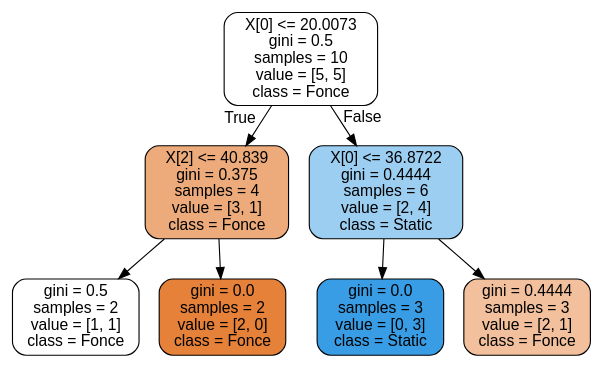
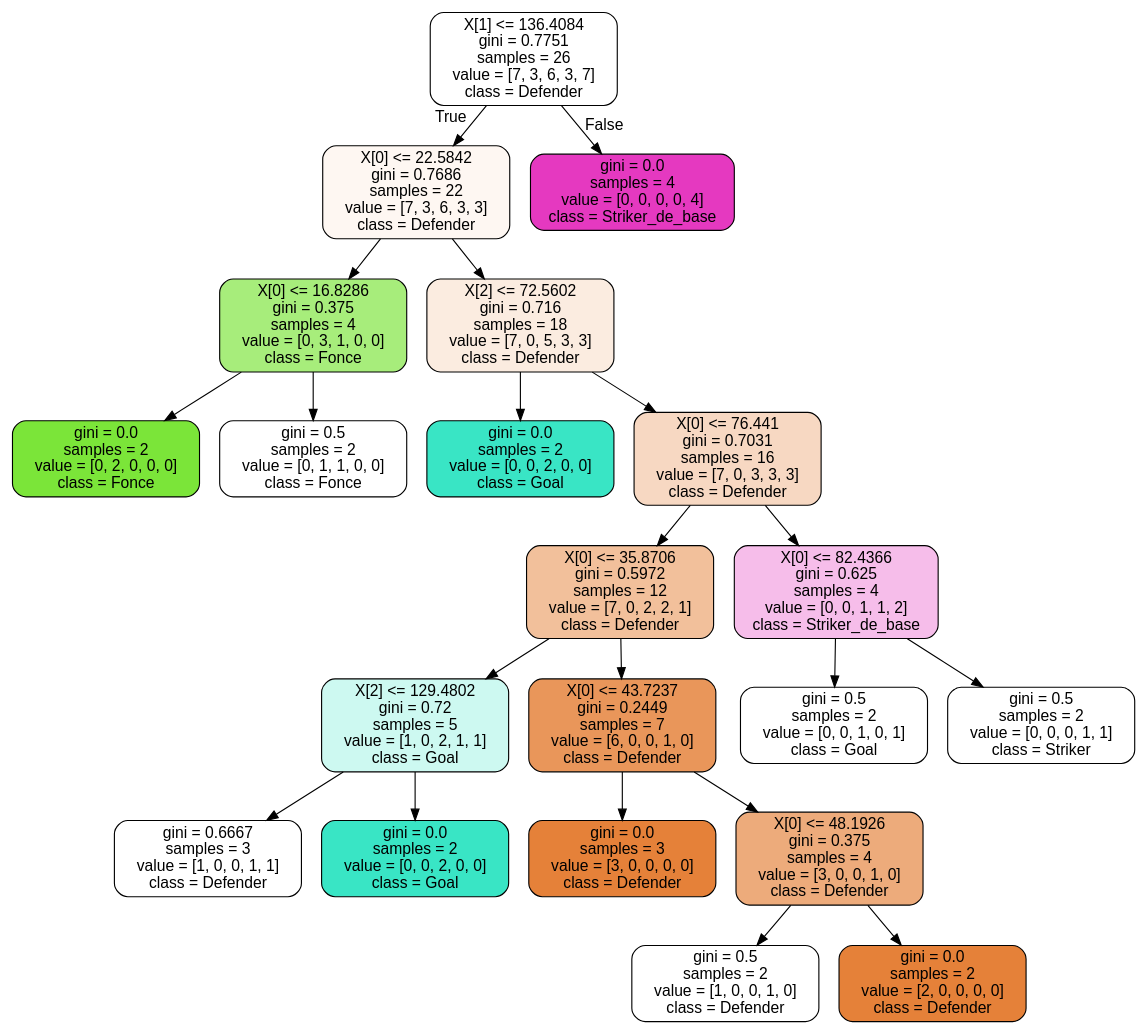
The diagram in test_arbre.dot (GeekyCeline/projetFoot), drawn with Graphviz before and after one commit. The commit also changed 3 other files, not shown here.

```diff
--- a/test_arbre.dot
+++ b/test_arbre.dot
@@ -1,17 +1,45 @@
 digraph Tree {
 node [shape=box, style="filled, rounded", color="black", fontname=helvetica] ;
 edge [fontname=helvetica] ;
-0 [label="X[0] <= 20.0073\ngini = 0.5\nsamples = 10\nvalue = [5, 5]\nclass = Fonce", fillcolor="#e5813900"] ;
-1 [label="X[2] <= 40.839\ngini = 0.375\nsamples = 4\nvalue = [3, 1]\nclass = Fonce", fillcolor="#e58139aa"] ;
+0 [label="X[1] <= 136.4084\ngini = 0.7751\nsamples = 26\nvalue = [7, 3, 6, 3, 7]\nclass = Defender", fillcolor="#e5813900"] ;
+1 [label="X[0] <= 22.5842\ngini = 0.7686\nsamples = 22\nvalue = [7, 3, 6, 3, 3]\nclass = Defender", fillcolor="#e5813910"] ;
 0 -> 1 [labeldistance=2.5, labelangle=45, headlabel="True"] ;
-2 [label="gini = 0.5\nsamples = 2\nvalue = [1, 1]\nclass = Fonce", fillcolor="#e5813900"] ;
+2 [label="X[0] <= 16.8286\ngini = 0.375\nsamples = 4\nvalue = [0, 3, 1, 0, 0]\nclass = Fonce", fillcolor="#7be539aa"] ;
 1 -> 2 ;
-3 [label="gini = 0.0\nsamples = 2\nvalue = [2, 0]\nclass = Fonce", fillcolor="#e58139ff"] ;
-1 -> 3 ;
-4 [label="X[0] <= 36.8722\ngini = 0.4444\nsamples = 6\nvalue = [2, 4]\nclass = Static", fillcolor="#399de57f"] ;
-0 -> 4 [labeldistance=2.5, labelangle=-45, headlabel="False"] ;
-5 [label="gini = 0.0\nsamples = 3\nvalue = [0, 3]\nclass = Static", fillcolor="#399de5ff"] ;
-4 -> 5 ;
-6 [label="gini = 0.4444\nsamples = 3\nvalue = [2, 1]\nclass = Fonce", fillcolor="#e581397f"] ;
-4 -> 6 ;
+3 [label="gini = 0.0\nsamples = 2\nvalue = [0, 2, 0, 0, 0]\nclass = Fonce", fillcolor="#7be539ff"] ;
+2 -> 3 ;
+4 [label="gini = 0.5\nsamples = 2\nvalue = [0, 1, 1, 0, 0]\nclass = Fonce", fillcolor="#7be53900"] ;
+2 -> 4 ;
+5 [label="X[2] <= 72.5602\ngini = 0.716\nsamples = 18\nvalue = [7, 0, 5, 3, 3]\nclass = Defender", fillcolor="#e5813927"] ;
+1 -> 5 ;
+6 [label="gini = 0.0\nsamples = 2\nvalue = [0, 0, 2, 0, 0]\nclass = Goal", fillcolor="#39e5c5ff"] ;
+5 -> 6 ;
+7 [label="X[0] <= 76.441\ngini = 0.7031\nsamples = 16\nvalue = [7, 0, 3, 3, 3]\nclass = Defender", fillcolor="#e581394e"] ;
+5 -> 7 ;
+8 [label="X[0] <= 35.8706\ngini = 0.5972\nsamples = 12\nvalue = [7, 0, 2, 2, 1]\nclass = Defender", fillcolor="#e5813980"] ;
+7 -> 8 ;
+9 [label="X[2] <= 129.4802\ngini = 0.72\nsamples = 5\nvalue = [1, 0, 2, 1, 1]\nclass = Goal", fillcolor="#39e5c540"] ;
+8 -> 9 ;
+10 [label="gini = 0.6667\nsamples = 3\nvalue = [1, 0, 0, 1, 1]\nclass = Defender", fillcolor="#e5813900"] ;
+9 -> 10 ;
+11 [label="gini = 0.0\nsamples = 2\nvalue = [0, 0, 2, 0, 0]\nclass = Goal", fillcolor="#39e5c5ff"] ;
+9 -> 11 ;
+12 [label="X[0] <= 43.7237\ngini = 0.2449\nsamples = 7\nvalue = [6, 0, 0, 1, 0]\nclass = Defender", fillcolor="#e58139d4"] ;
+8 -> 12 ;
+13 [label="gini = 0.0\nsamples = 3\nvalue = [3, 0, 0, 0, 0]\nclass = Defender", fillcolor="#e58139ff"] ;
+12 -> 13 ;
+14 [label="X[0] <= 48.1926\ngini = 0.375\nsamples = 4\nvalue = [3, 0, 0, 1, 0]\nclass = Defender", fillcolor="#e58139aa"] ;
+12 -> 14 ;
+15 [label="gini = 0.5\nsamples = 2\nvalue = [1, 0, 0, 1, 0]\nclass = Defender", fillcolor="#e5813900"] ;
+14 -> 15 ;
+16 [label="gini = 0.0\nsamples = 2\nvalue = [2, 0, 0, 0, 0]\nclass = Defender", fillcolor="#e58139ff"] ;
+14 -> 16 ;
+17 [label="X[0] <= 82.4366\ngini = 0.625\nsamples = 4\nvalue = [0, 0, 1, 1, 2]\nclass = Striker_de_base", fillcolor="#e539c055"] ;
+7 -> 17 ;
+18 [label="gini = 0.5\nsamples = 2\nvalue = [0, 0, 1, 0, 1]\nclass = Goal", fillcolor="#39e5c500"] ;
+17 -> 18 ;
+19 [label="gini = 0.5\nsamples = 2\nvalue = [0, 0, 0, 1, 1]\nclass = Striker", fillcolor="#3c39e500"] ;
+17 -> 19 ;
+20 [label="gini = 0.0\nsamples = 4\nvalue = [0, 0, 0, 0, 4]\nclass = Striker_de_base", fillcolor="#e539c0ff"] ;
+0 -> 20 [labeldistance=2.5, labelangle=-45, headlabel="False"] ;
 }
```
